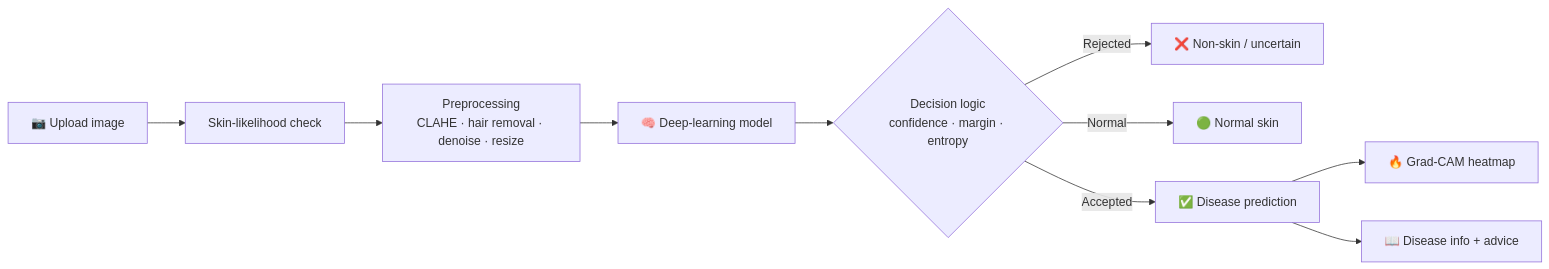
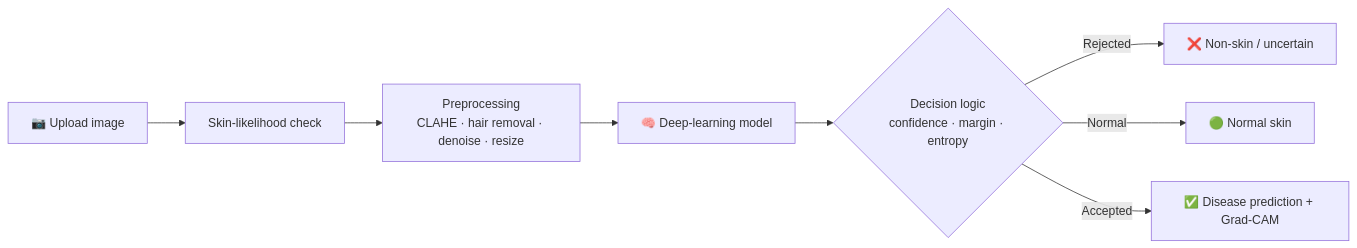
One commit to Samarth7272/derma_scans changed the diagram in README.md. Above: the diagram before and after it, drawn with Mermaid. The commit also changed other lines of this file, not shown here.

````diff
--- a/README.md
+++ b/README.md
@@ -72,12 +103,10 @@
 ```mermaid
 flowchart LR
     A[📷 Upload image] --> B[Skin-likelihood check]
     B --> C[Preprocessing<br/>CLAHE · hair removal · denoise · resize]
     C --> D[🧠 Deep-learning model]
     D --> E{Decision logic<br/>confidence · margin · entropy}
     E -->|Rejected| F[❌ Non-skin / uncertain]
     E -->|Normal| G[🟢 Normal skin]
-    E -->|Accepted| H[✅ Disease prediction]
-    H --> I[🔥 Grad-CAM heatmap]
-    H --> J[📖 Disease info + advice]
+    E -->|Accepted| H[✅ Disease prediction + Grad-CAM]
 ```
````
